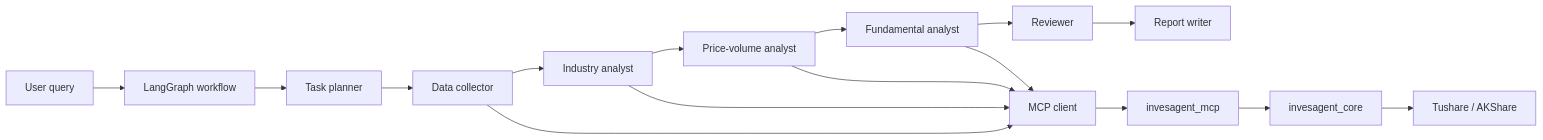
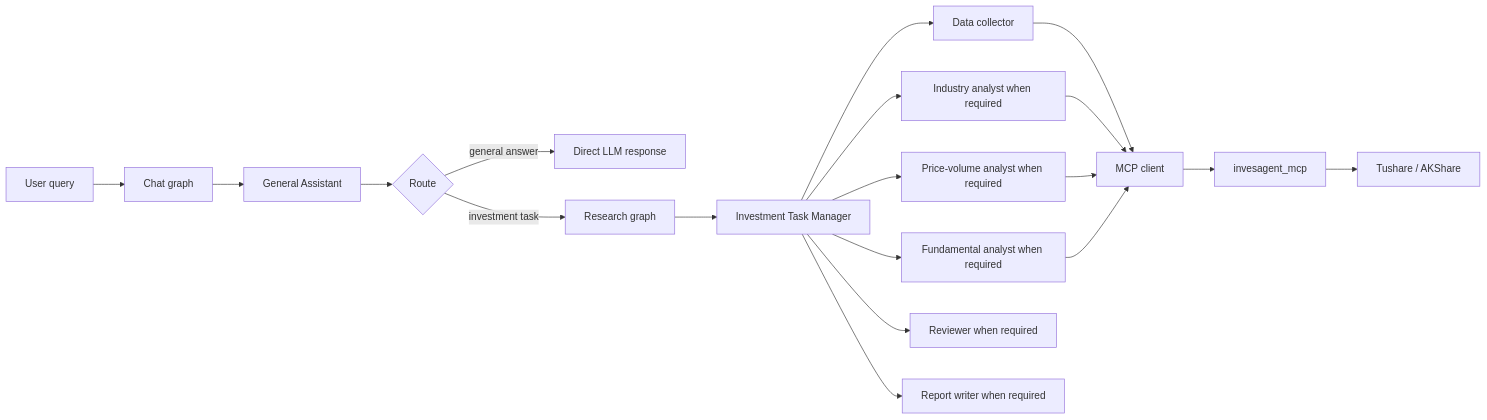
One commit to SephirahVII/Finance_MCP_Agent changed the diagram in README.md. Above: the diagram before and after it, drawn with Mermaid. The commit also changed other lines of this file and 69 other files, not shown here.

````diff
--- a/README.md
+++ b/README.md
@@ -144,18 +139,21 @@
 ```mermaid
 flowchart LR
-    A["User query"] --> B["LangGraph workflow"]
-    B --> C["Task planner"]
-    C --> D["Data collector"]
-    D --> E["Industry analyst"]
-    E --> F["Price-volume analyst"]
-    F --> G["Fundamental analyst"]
-    G --> H["Reviewer"]
-    H --> I["Report writer"]
-    D --> J["MCP client"]
-    E --> J
-    F --> J
-    G --> J
-    J --> K["invesagent_mcp"]
-    K --> L["invesagent_core"]
-    L --> M["Tushare / AKShare"]
+    A["User query"] --> B["Chat graph"]
+    B --> C["General Assistant"]
+    C --> D{"Route"}
+    D -->|general answer| E["Direct LLM response"]
+    D -->|investment task| G["Research graph"]
+    G --> H["Investment Task Manager"]
+    H --> I["Data collector"]
+    H --> J["Industry analyst when required"]
+    H --> K["Price-volume analyst when required"]
+    H --> L["Fundamental analyst when required"]
+    H --> M["Reviewer when required"]
+    H --> N["Report writer when required"]
+    I --> O["MCP client"]
+    J --> O
+    K --> O
+    L --> O
+    O --> P["invesagent_mcp"]
+    P --> Q["Tushare / AKShare"]
 ```
````
